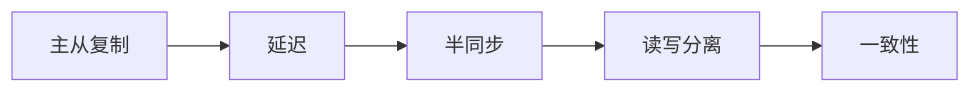
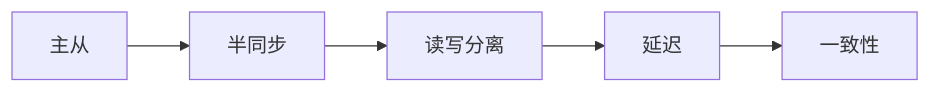
Before and after one commit to tghrxxxyyy/knowledge-base: the diagram in 基础知识/数据库/主从复制与延迟治理.md, drawn with Mermaid. The commit also changed other lines of this file and 385 other files, not shown here.

````diff
--- a/基础知识/数据库/主从复制与延迟治理.md
+++ b/基础知识/数据库/主从复制与延迟治理.md
@@ -19,9 +19,9 @@
 ```mermaid
 flowchart LR
-    A[主从复制]
-    B[延迟]
-    C[半同步]
-    D[读写分离]
+    A[主从]
+    B[半同步]
+    C[读写分离]
+    D[延迟]
     E[一致性]
     A --> B --> C --> D --> E
 ```
````
